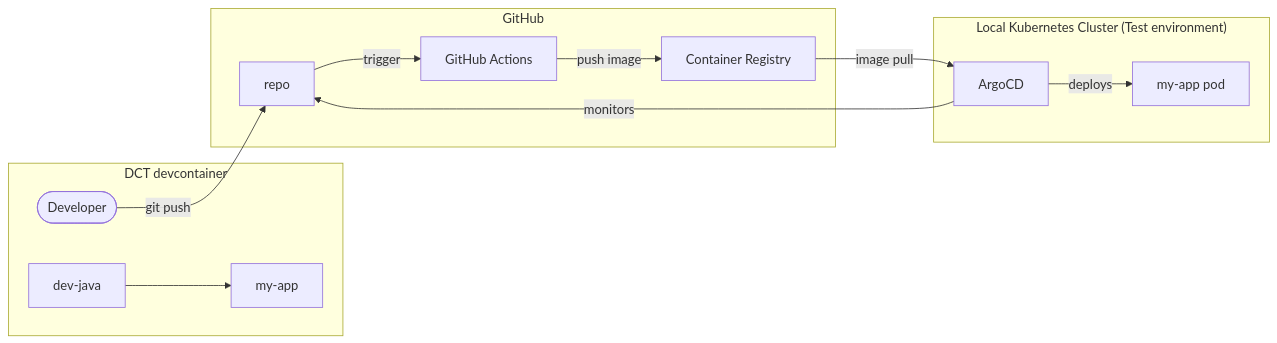
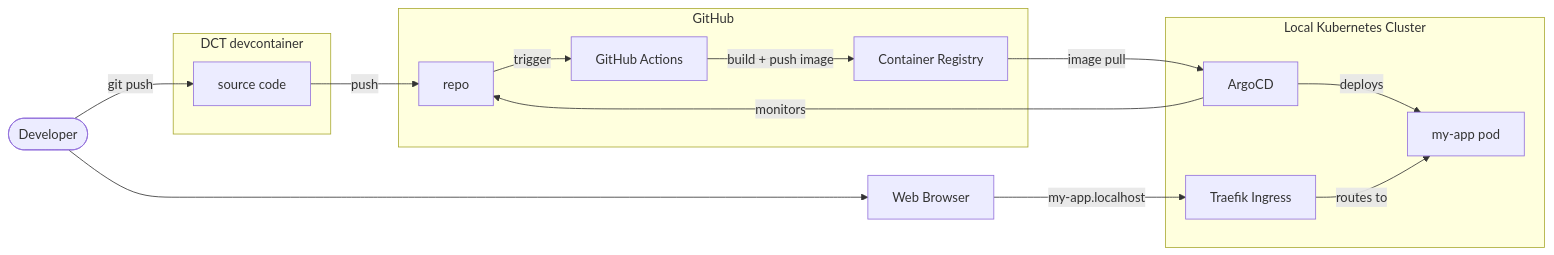
The first of 2 diagrams in website/docs/templates/basic-web-server/java-basic-webserver.mdx (helpers-no/dev-templates), drawn with Mermaid before and after one commit. The commit also changed other lines of this file and 18 other files, not shown here.

First line of the commit message:
Architecture diagram v2: two-diagram split (local dev + deploy)

````diff
--- a/website/docs/templates/basic-web-server/java-basic-webserver.mdx
+++ b/website/docs/templates/basic-web-server/java-basic-webserver.mdx
@@ -52,25 +52,32 @@
 ```mermaid
 flowchart LR
+    dev(["Developer"])
+    browser["Web Browser"]
+
     subgraph dct["DCT devcontainer"]
-        dev(["Developer"])
-        dev_java["dev-java"]
-        app["my-app"]
+        src["source code"]
     end
-    subgraph k8s["Local Kubernetes Cluster (Test environment)"]
-        argo["ArgoCD"]
-        pod["my-app pod"]
-    end
+
     subgraph gh["GitHub"]
         repo["repo"]
         actions["GitHub Actions"]
         ghcr["Container Registry"]
     end
 
-    dev_java --> app
-    dev -->|git push| repo
+    subgraph k8s["Local Kubernetes Cluster"]
+        traefik["Traefik Ingress"]
+        argo["ArgoCD"]
+        pod["my-app pod"]
+    end
+
+    dev -->|git push| src
+    src -->|push| repo
     repo -->|trigger| actions
-    actions -->|push image| ghcr
+    actions -->|build + push image| ghcr
     argo -->|monitors| repo
     ghcr -->|image pull| argo
     argo -->|deploys| pod
+    traefik -->|routes to| pod
+    browser -->|my-app.localhost| traefik
+    dev --> browser
 ```
````
